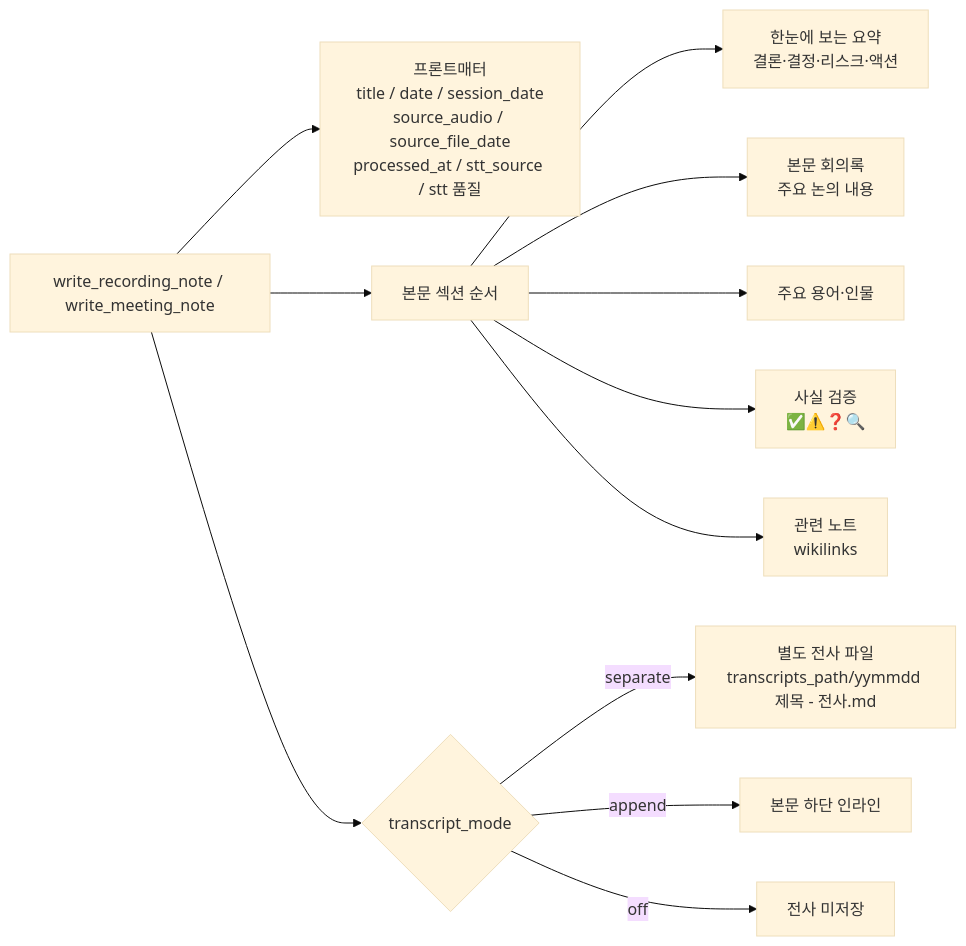
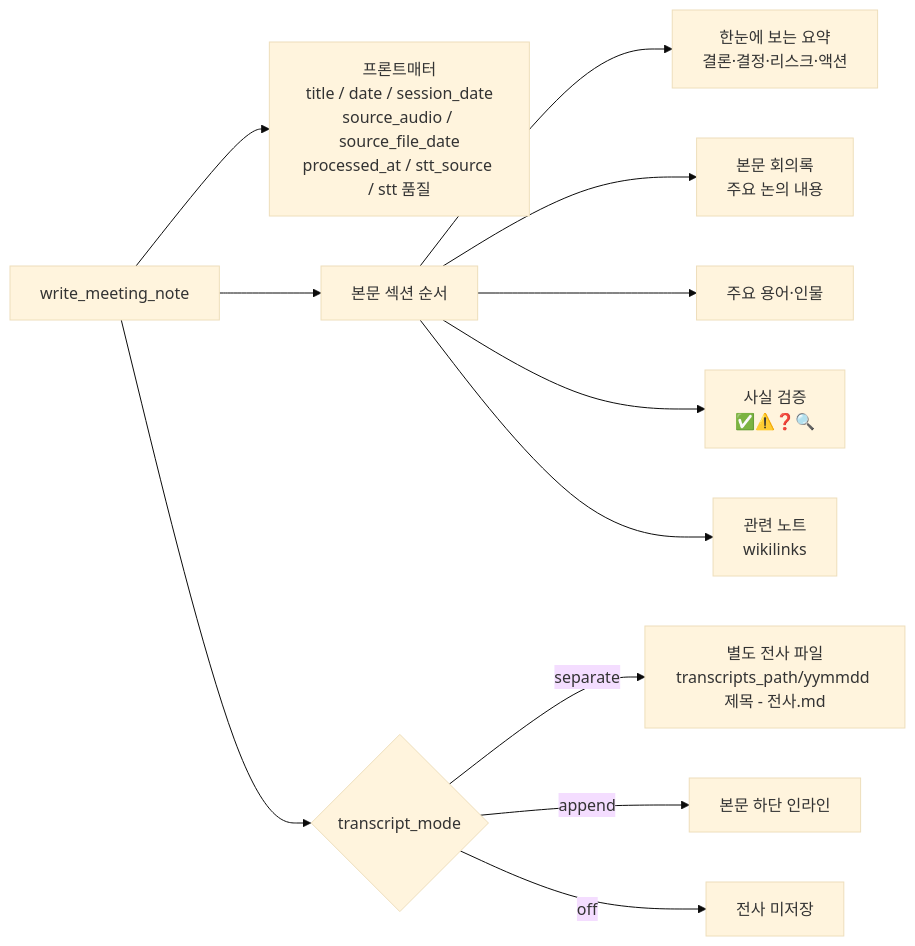
One commit to areumsim/Meeting_Minutes changed the eighth of 10 diagrams in docs/ARCHITECTURE.md. Above: the diagram before and after it, drawn with Mermaid (base theme). The commit also changed other lines of this file and 71 other files, not shown here.

````diff
--- a/docs/ARCHITECTURE.md
+++ b/docs/ARCHITECTURE.md
@@ -289,14 +327,14 @@
 ```mermaid
 flowchart LR
-    A[write_recording_note / write_meeting_note] --> B[프론트매터\ntitle / date / session_date\nsource_audio / source_file_date\nprocessed_at / stt_source / stt 품질]
+    A[write_meeting_note] --> B[프론트매터\ntitle / date / session_date\nsource_audio / source_file_date\nprocessed_at / stt_source / stt 품질]
     A --> C[본문 섹션 순서]
     C --> C1[한눈에 보는 요약\n결론·결정·리스크·액션]
     C --> C2[본문 회의록\n주요 논의 내용]
     C --> C3[주요 용어·인물]
     C --> C4[사실 검증\n✅⚠️❓🔍]
     C --> C5[관련 노트\nwikilinks]
     A --> D{transcript_mode}
     D -- separate --> E[별도 전사 파일\ntranscripts_path/yymmdd 제목 - 전사.md]
     D -- append --> F[본문 하단 인라인]
     D -- off --> G[전사 미저장]
 ```
````
